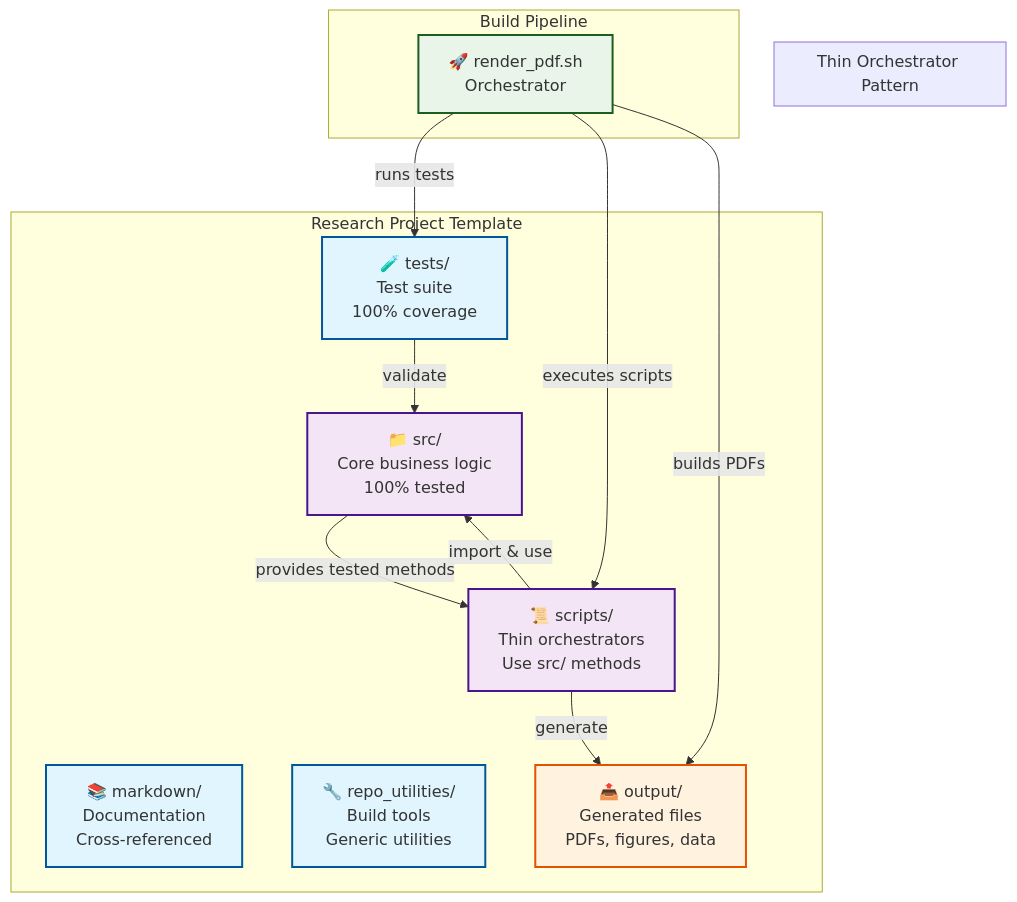
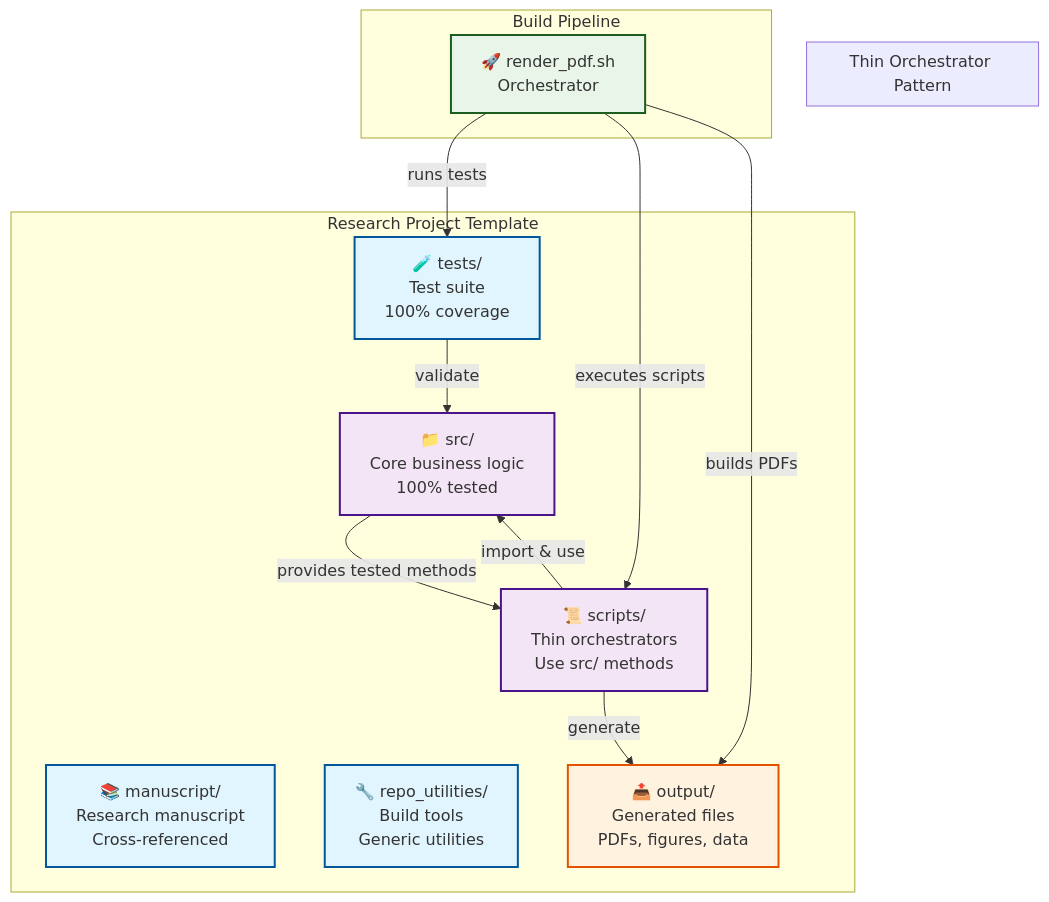
One commit to docxology/template changed the first of 3 diagrams in docs/COPYPASTA.md. Above: the diagram before and after it, drawn with Mermaid. The commit also changed other lines of this file and 45 other files, not shown here.

````diff
--- a/docs/COPYPASTA.md
+++ b/docs/COPYPASTA.md
@@ -245,35 +245,35 @@
 ```mermaid
 graph TB
     subgraph "Research Project Template"
         SRC[📁 src/<br/>Core business logic<br/>100% tested]
         TESTS[🧪 tests/<br/>Test suite<br/>100% coverage]
         SCRIPTS[📜 scripts/<br/>Thin orchestrators<br/>Use src/ methods]
-        MD[📚 markdown/<br/>Documentation<br/>Cross-referenced]
+        MANUSCRIPT[📚 manuscript/<br/>Research manuscript<br/>Cross-referenced]
         REPO_UTILS[🔧 repo_utilities/<br/>Build tools<br/>Generic utilities]
         OUTPUT[📤 output/<br/>Generated files<br/>PDFs, figures, data]
     end
     
     subgraph "Thin Orchestrator Pattern"
         SRC -->|"provides tested methods"| SCRIPTS
         SCRIPTS -->|"import & use"| SRC
         SCRIPTS -->|"generate"| OUTPUT
         TESTS -->|"validate"| SRC
     end
     
     subgraph "Build Pipeline"
         RENDER[🚀 render_pdf.sh<br/>Orchestrator]
         RENDER -->|"runs tests"| TESTS
         RENDER -->|"executes scripts"| SCRIPTS
         RENDER -->|"builds PDFs"| OUTPUT
     end
     
     classDef core fill:#e1f5fe,stroke:#01579b,stroke-width:2px
     classDef pattern fill:#f3e5f5,stroke:#4a148c,stroke-width:2px
     classDef pipeline fill:#e8f5e8,stroke:#1b5e20,stroke-width:2px
     classDef output fill:#fff3e0,stroke:#e65100,stroke-width:2px
     
-    class SRC,TESTS,SCRIPTS,MD,REPO_UTILS core
+    class SRC,TESTS,SCRIPTS,MANUSCRIPT,REPO_UTILS core
     class SRC,SCRIPTS pattern
     class RENDER pipeline
     class OUTPUT output
 ```
````
